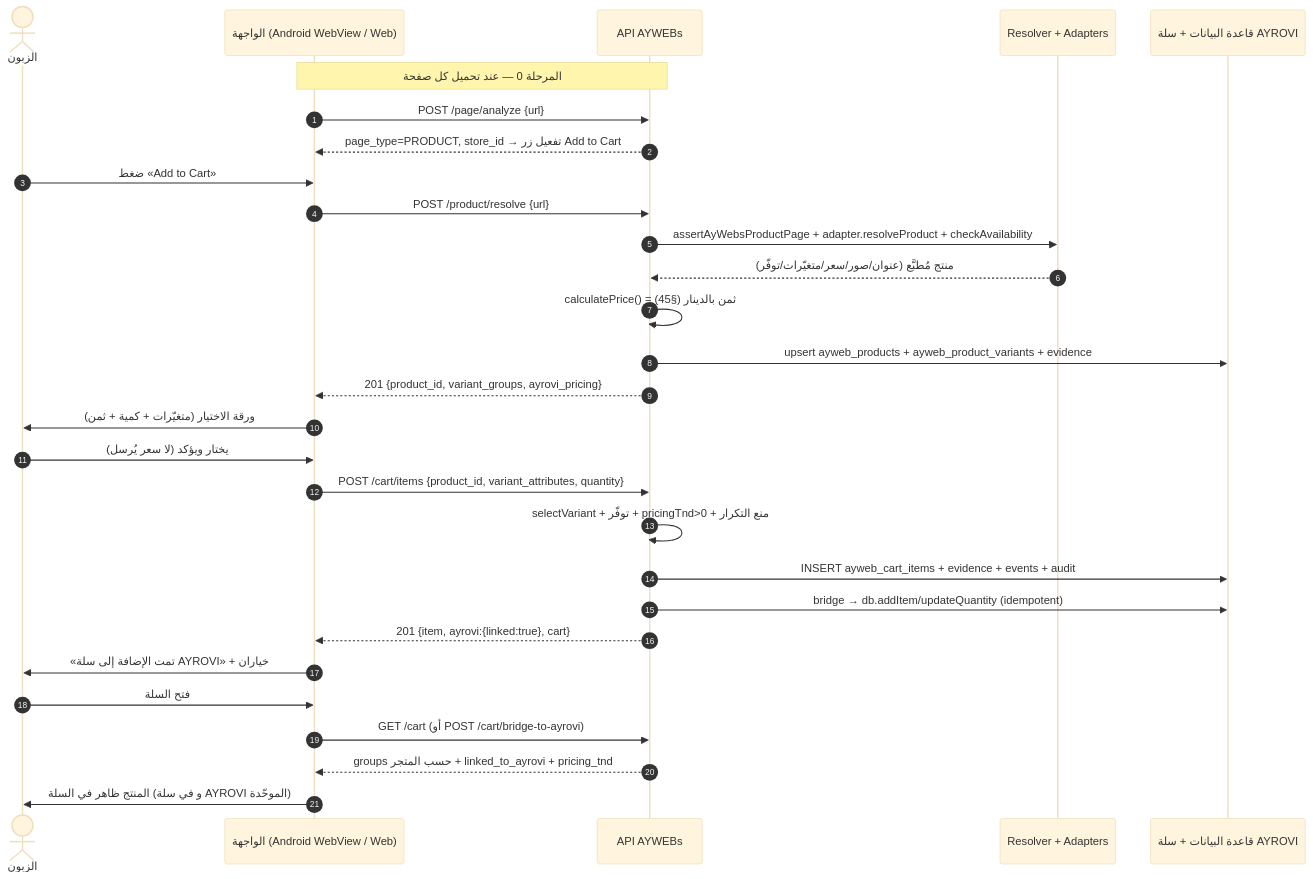
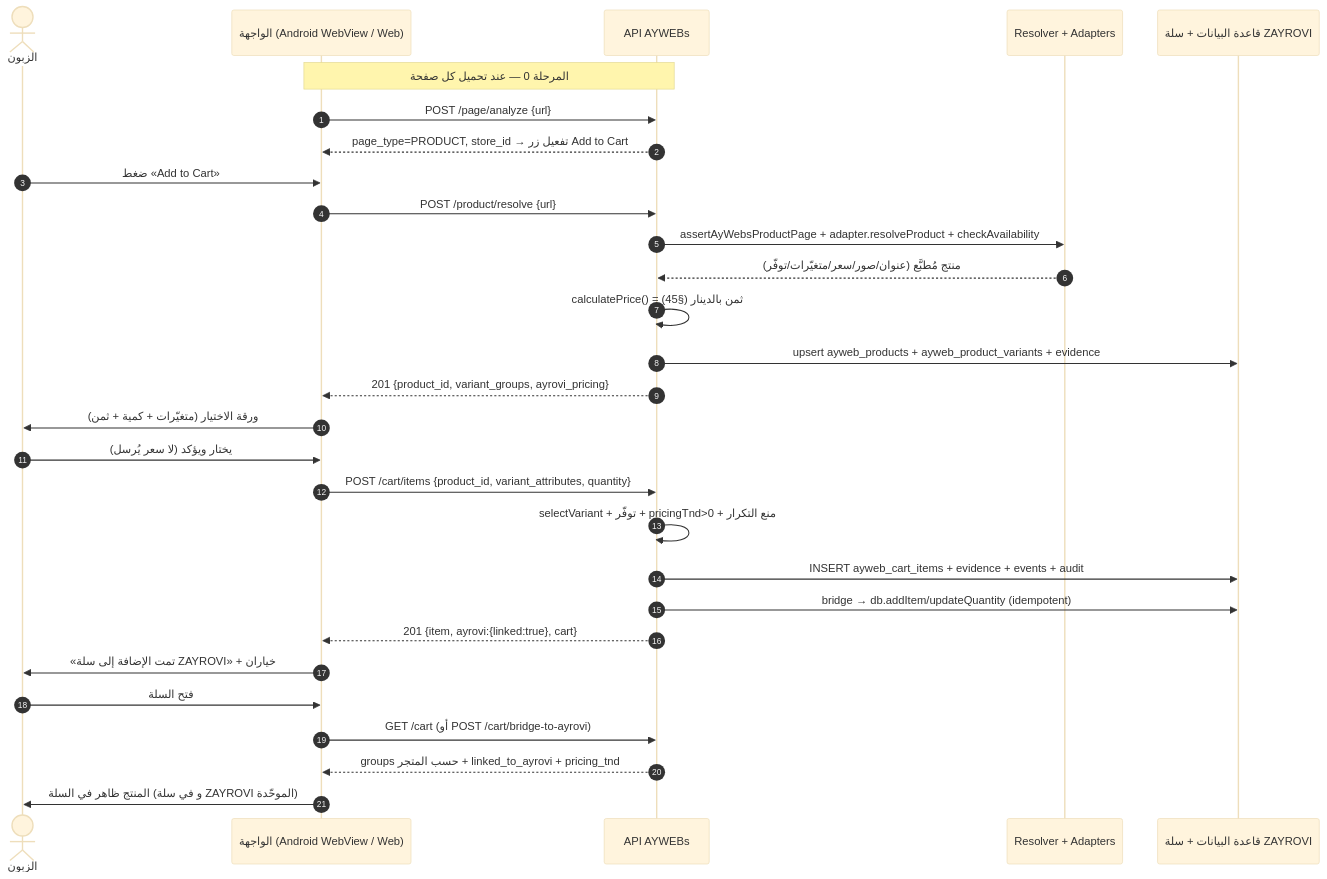
One commit to issamweldlatifa-gif/ayrovi_beta1 changed the diagram in docs/AYWEBS_ADD_TO_CART_STEPS_AR.md. Above: the diagram before and after it, drawn with Mermaid (base theme). The commit also changed other lines of this file and 113 other files, not shown here.

````diff
--- a/docs/AYWEBS_ADD_TO_CART_STEPS_AR.md
+++ b/docs/AYWEBS_ADD_TO_CART_STEPS_AR.md
@@ -265,35 +265,35 @@
 ```mermaid
 sequenceDiagram
   autonumber
   actor C as الزبون
   participant UI as الواجهة (Android WebView / Web)
   participant API as API AYWEBs
   participant RES as Resolver + Adapters
-  participant DB as قاعدة البيانات + سلة AYROVI
+  participant DB as قاعدة البيانات + سلة ZAYROVI
 
   Note over UI,API: المرحلة 0 — عند تحميل كل صفحة
   UI->>API: POST /page/analyze {url}
   API-->>UI: page_type=PRODUCT, store_id  → تفعيل زر Add to Cart
 
   C->>UI: ضغط «Add to Cart»
   UI->>API: POST /product/resolve {url}
   API->>RES: assertAyWebsProductPage + adapter.resolveProduct + checkAvailability
   RES-->>API: منتج مُطبَّع (عنوان/صور/سعر/متغيّرات/توفّر)
   API->>API: calculatePrice() = ثمن بالدينار (§45)
   API->>DB: upsert ayweb_products + ayweb_product_variants + evidence
   API-->>UI: 201 {product_id, variant_groups, ayrovi_pricing}
 
   UI->>C: ورقة الاختيار (متغيّرات + كمية + ثمن)
   C->>UI: يختار ويؤكد (لا سعر يُرسل)
   UI->>API: POST /cart/items {product_id, variant_attributes, quantity}
   API->>API: selectVariant + توفّر + pricingTnd>0 + منع التكرار
   API->>DB: INSERT ayweb_cart_items + evidence + events + audit
   API->>DB: bridge → db.addItem/updateQuantity (idempotent)
   API-->>UI: 201 {item, ayrovi:{linked:true}, cart}
 
-  UI->>C: «تمت الإضافة إلى سلة AYROVI» + خياران
+  UI->>C: «تمت الإضافة إلى سلة ZAYROVI» + خياران
   C->>UI: فتح السلة
   UI->>API: GET /cart  (أو POST /cart/bridge-to-ayrovi)
   API-->>UI: groups حسب المتجر + linked_to_ayrovi + pricing_tnd
-  UI->>C: المنتج ظاهر في السلة (و في سلة AYROVI الموحّدة)
+  UI->>C: المنتج ظاهر في السلة (و في سلة ZAYROVI الموحّدة)
 ```
````
